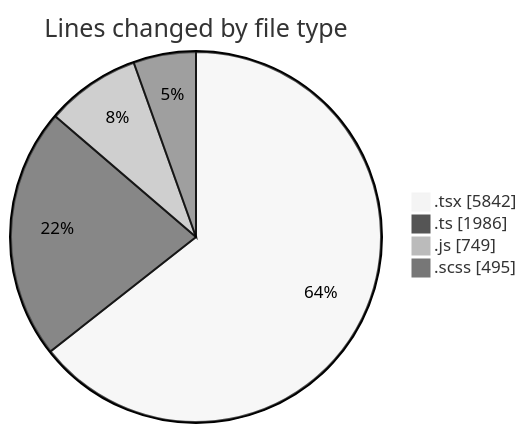
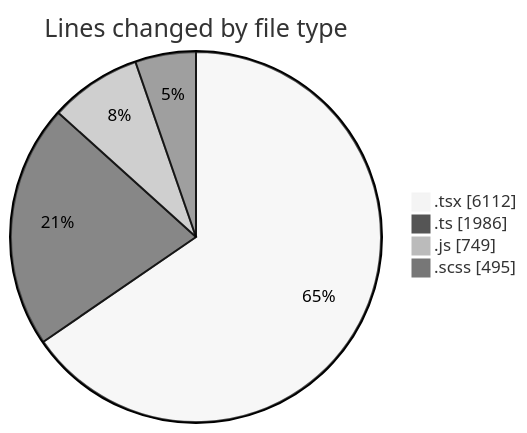
Before and after one commit to momahboobian/code-tracking: the first of 2 diagrams in 2026-06-10/cda/README.md, drawn with Mermaid (neutral theme). The commit also changed other lines of this file and 1 other file, not shown here.

````diff
--- a/2026-06-10/cda/README.md
+++ b/2026-06-10/cda/README.md
@@ -58,8 +59,8 @@
 ```mermaid
 pie showData
 title Lines changed by file type
-".tsx" : 5842
+".tsx" : 6112
 ".ts" : 1986
 ".js" : 749
 ".scss" : 495
 ```
````
